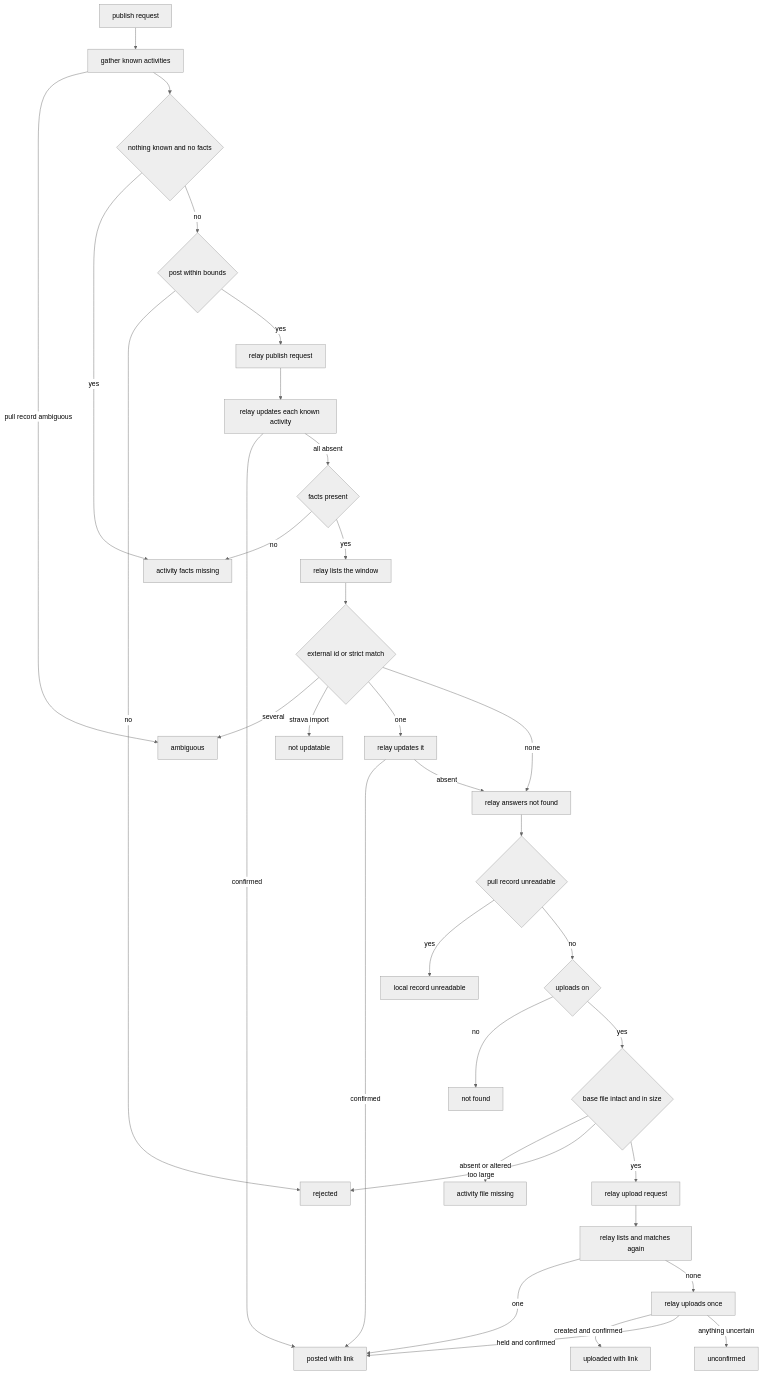
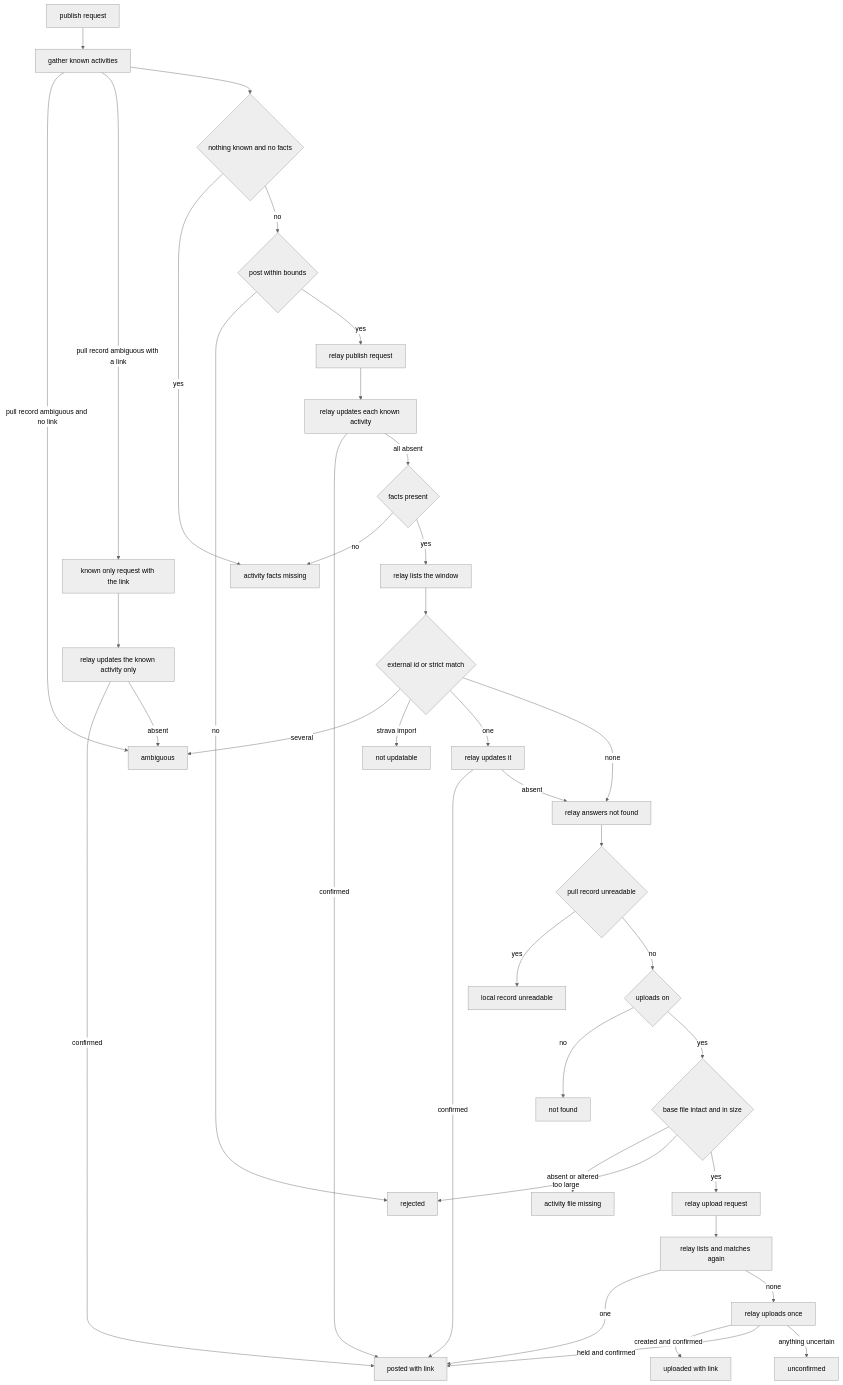
Before and after one commit to joshua-stauffer/fitdocs: the third of 3 diagrams in .kiro/specs/relay-intervals/design.md, drawn with Mermaid (neutral theme). The commit also changed other lines of this file and 2 other files, not shown here.

First line of the commit message:
spec(relay-intervals): step 3.5 repairs -- resolution parity (known_only), parity case file, widened 14.2, gate as STOP_FOR_HUMAN, ledger identity in Req 11.6

````diff
--- a/.kiro/specs/relay-intervals/design.md
+++ b/.kiro/specs/relay-intervals/design.md
@@ -564,36 +570,40 @@
 ```mermaid
 flowchart TD
     Start[publish request] --> Known[gather known activities]
-    Known -->|pull record ambiguous| Ambig[ambiguous]
+    Known -->|pull record ambiguous and no link| Ambig[ambiguous]
+    Known -->|pull record ambiguous with a link| KnownOnly[known only request with the link]
+    KnownOnly --> OnlyHints[relay updates the known activity only]
+    OnlyHints -->|confirmed| Posted
+    OnlyHints -->|absent| Ambig
     Known --> NoFacts{nothing known and no facts}
     NoFacts -->|yes| FactsMissing[activity facts missing]
     NoFacts -->|no| Bounds{post within bounds}
     Bounds -->|no| Rejected[rejected]
     Bounds -->|yes| Pub[relay publish request]
     Pub --> Hints[relay updates each known activity]
     Hints -->|confirmed| Posted[posted with link]
     Hints -->|all absent| RFacts{facts present}
     RFacts -->|no| FactsMissing
     RFacts -->|yes| List[relay lists the window]
     List --> Match{external id or strict match}
     Match -->|several| Ambig
     Match -->|strava import| NotUpd[not updatable]
     Match -->|one| UpdList[relay updates it]
     UpdList -->|confirmed| Posted
     UpdList -->|absent| NotFound
     Match -->|none| NotFound[relay answers not found]
     NotFound --> Unread{pull record unreadable}
     Unread -->|yes| LocalUnread[local record unreadable]
     Unread -->|no| Up{uploads on}
     Up -->|no| NF[not found]
     Up -->|yes| File{base file intact and in size}
     File -->|absent or altered| FileMissing[activity file missing]
     File -->|too large| Rejected
     File -->|yes| UpReq[relay upload request]
     UpReq --> Relist[relay lists and matches again]
     Relist -->|one| Posted
     Relist -->|none| Once[relay uploads once]
     Once -->|created and confirmed| Uploaded[uploaded with link]
     Once -->|held and confirmed| Posted
     Once -->|anything uncertain| Unconfirmed[unconfirmed]
 ```
````
